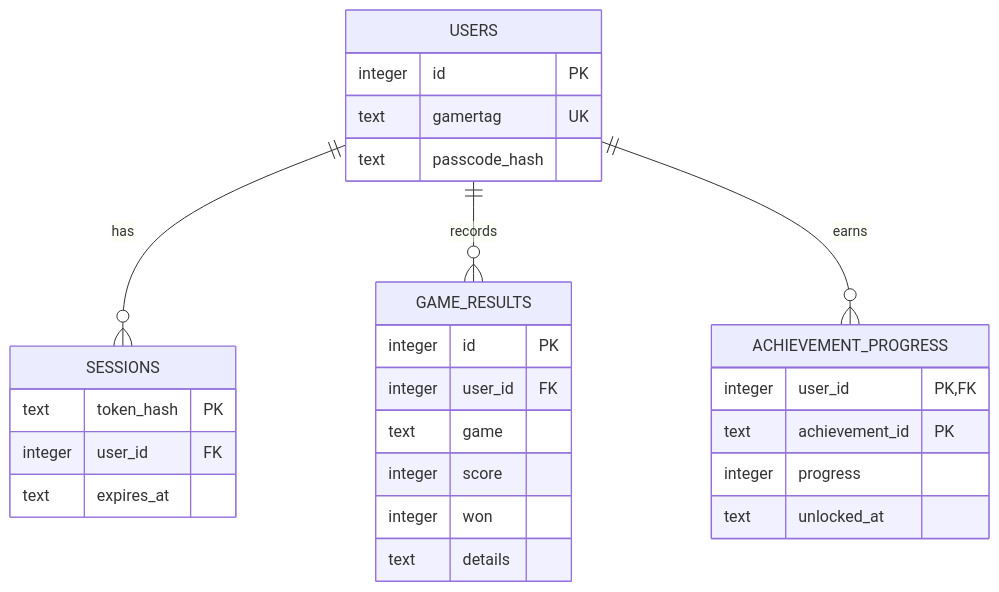
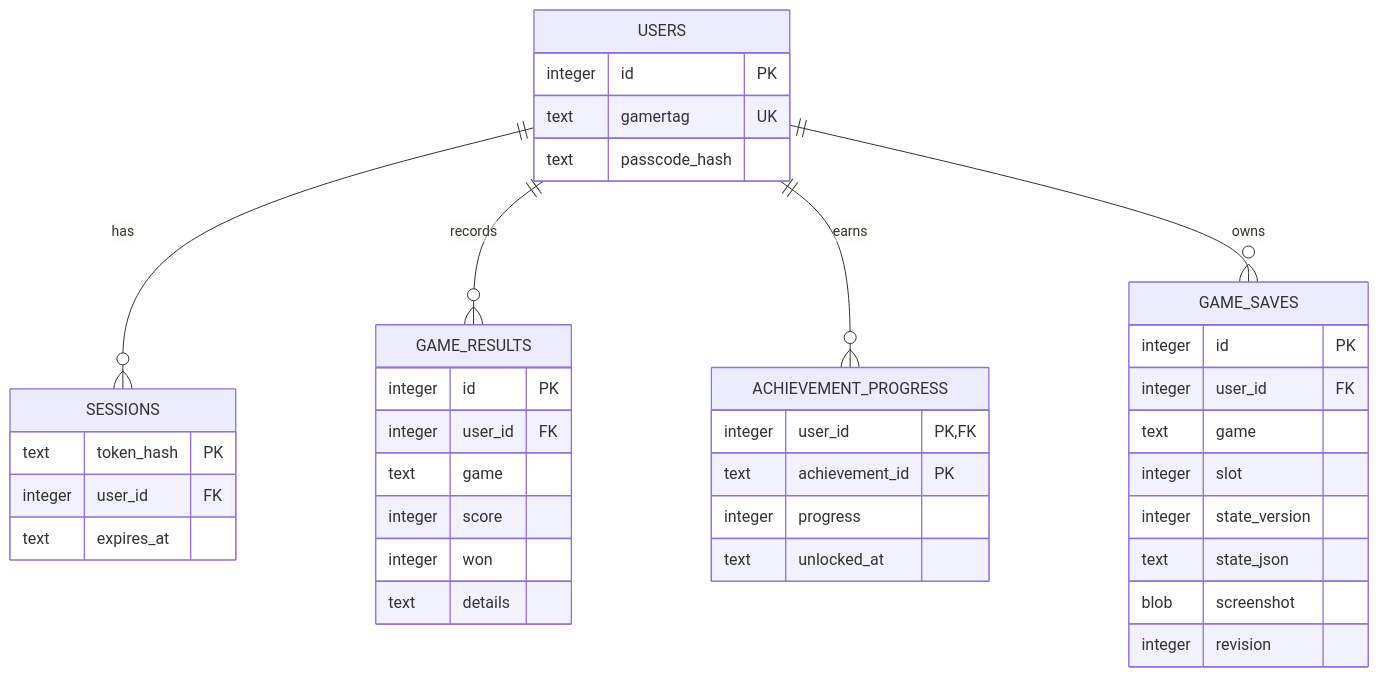
One commit to bashmohandes/Javascript changed the fifth of 8 diagrams in docs/architecture.md. Above: the diagram before and after it, drawn with Mermaid. The commit also changed other lines of this file and 31 other files, not shown here.

Commit message:
Add cloud game saves

````diff
--- a/docs/architecture.md
+++ b/docs/architecture.md
@@ -183,26 +186,36 @@
 ```mermaid
 erDiagram
   USERS ||--o{ SESSIONS : has
   USERS ||--o{ GAME_RESULTS : records
   USERS ||--o{ ACHIEVEMENT_PROGRESS : earns
+  USERS ||--o{ GAME_SAVES : owns
   USERS { integer id PK
     text gamertag UK
     text passcode_hash
   }
   SESSIONS { text token_hash PK
     integer user_id FK
     text expires_at
   }
   GAME_RESULTS { integer id PK
     integer user_id FK
     text game
     integer score
     integer won
     text details
   }
   ACHIEVEMENT_PROGRESS { integer user_id PK,FK
     text achievement_id PK
     integer progress
     text unlocked_at
   }
+  GAME_SAVES { integer id PK
+    integer user_id FK
+    text game
+    integer slot
+    integer state_version
+    text state_json
+    blob screenshot
+    integer revision
+  }
 ```
````
